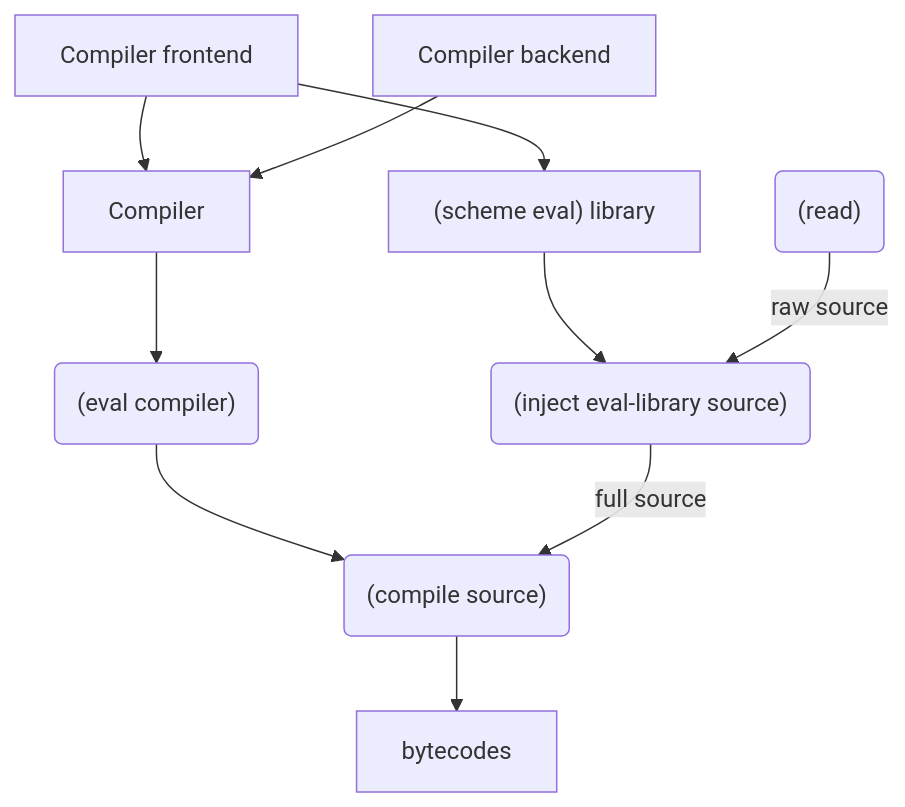
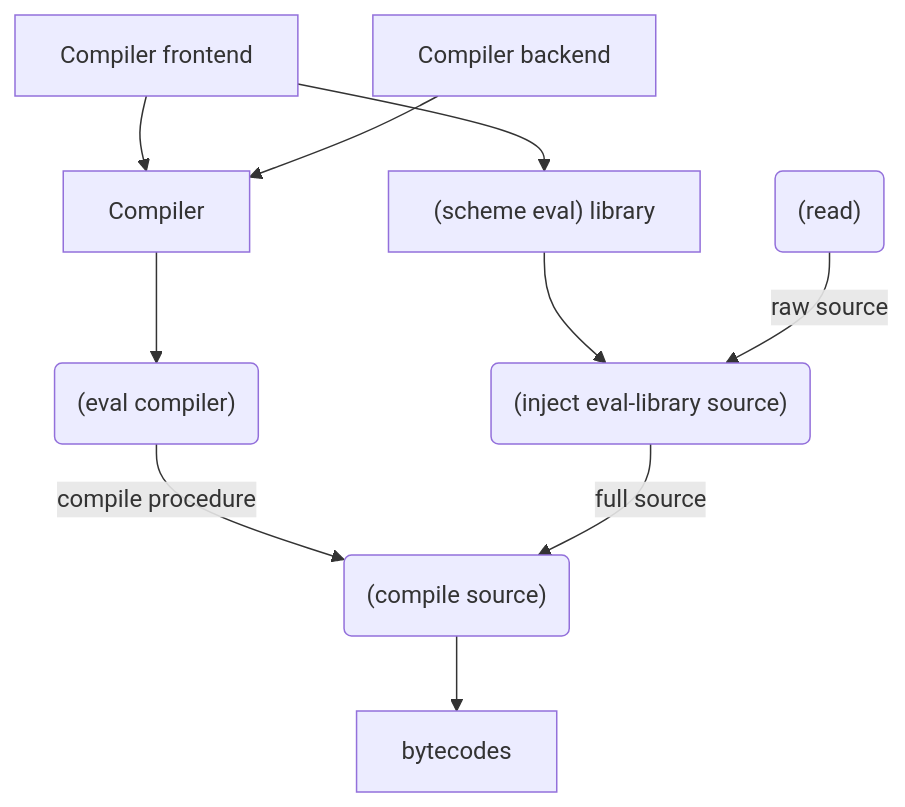
Before and after one commit to raviqqe/doc: the first of 2 diagrams in posts/stak/inception.md, drawn with Mermaid.

````diff
--- a/posts/stak/inception.md
+++ b/posts/stak/inception.md
@@ -132,13 +132,13 @@
 ```mermaid
 graph TD
   A[Compiler frontend] --> C
   A --> D
   B[Compiler backend] --> C
   C[Compiler] --> E
   D["(scheme eval) library"] --> T
-  E("(eval compiler)") --> F
+  E("(eval compiler)") -->|compile procedure| F
   F("(compile source)") --> G
   G[bytecodes]
   S("(read)") -->|raw source| T
   T("(inject eval-library source)") -->|full source| F
 ```
````
